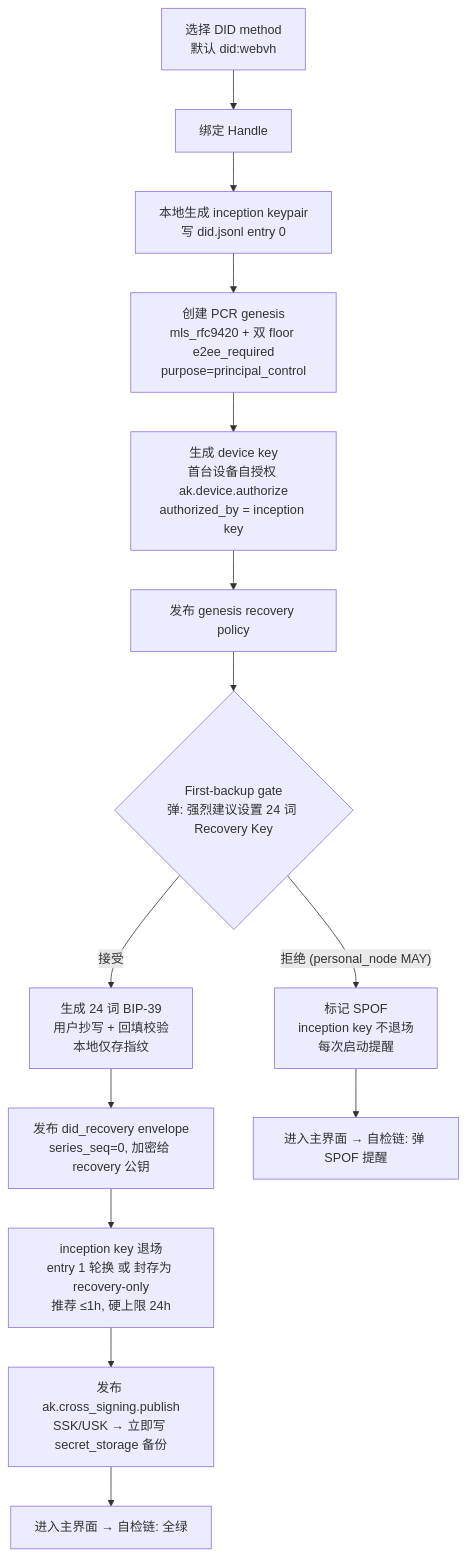
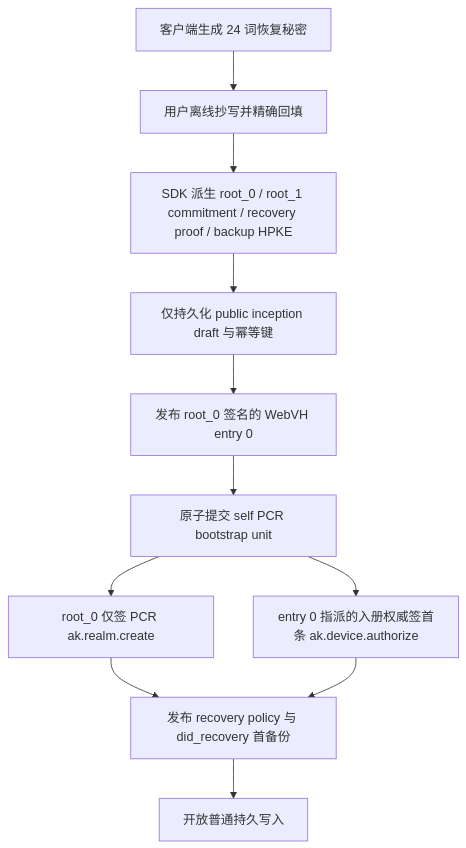
The diagram in docs/user-strands-key-lifecycle.md (arkret-org/inkson), drawn with Mermaid before and after one commit. The commit also changed other lines of this file and 46 other files, not shown here.

````diff
--- a/docs/user-strands-key-lifecycle.md
+++ b/docs/user-strands-key-lifecycle.md
@@ -98,16 +26,13 @@
 ```mermaid
 flowchart TD
-    A["选择 DID method<br/>默认 did:webvh"] --> B["绑定 Handle"]
-    B --> C["本地生成 inception keypair<br/>写 did.jsonl entry 0"]
-    C --> D["创建 PCR genesis<br/>mls_rfc9420 + 双 floor e2ee_required<br/>purpose=principal_control"]
-    D --> E["生成 device key<br/>首台设备自授权 ak.device.authorize<br/>authorized_by = inception key"]
-    E --> F["发布 genesis recovery policy"]
-    F --> G{"First-backup gate<br/>弹: 强烈建议设置 24 词 Recovery Key"}
-    G -- 接受 --> H["生成 24 词 BIP-39<br/>用户抄写 + 回填校验<br/>本地仅存指纹"]
-    H --> I["发布 did_recovery envelope<br/>series_seq=0, 加密给 recovery 公钥"]
-    I --> J["inception key 退场<br/>entry 1 轮换 或 封存为 recovery-only<br/>推荐 ≤1h, 硬上限 24h"]
-    G -- "拒绝 (personal_node MAY)" --> K["标记 SPOF<br/>inception key 不退场<br/>每次启动提醒"]
-    J --> L["发布 ak.cross_signing.publish<br/>SSK/USK → 立即写 secret_storage 备份"]
-    K --> M["进入主界面 → 自检链: 弹 SPOF 提醒"]
-    L --> N["进入主界面 → 自检链: 全绿"]
+    A["客户端生成 24 词恢复秘密"] --> B["用户离线抄写并精确回填"]
+    B --> C["SDK 派生 root_0 / root_1 commitment / recovery proof / backup HPKE"]
+    C --> D["仅持久化 public inception draft 与幂等键"]
+    D --> E["发布 root_0 签名的 WebVH entry 0"]
+    E --> F["原子提交 self PCR bootstrap unit"]
+    F --> G["root_0 仅签 PCR ak.realm.create"]
+    F --> H["entry 0 指派的入册权威签首条 ak.device.authorize"]
+    G --> I["发布 recovery policy 与 did_recovery 首备份"]
+    H --> I
+    I --> J["开放普通持久写入"]
 ```
````
